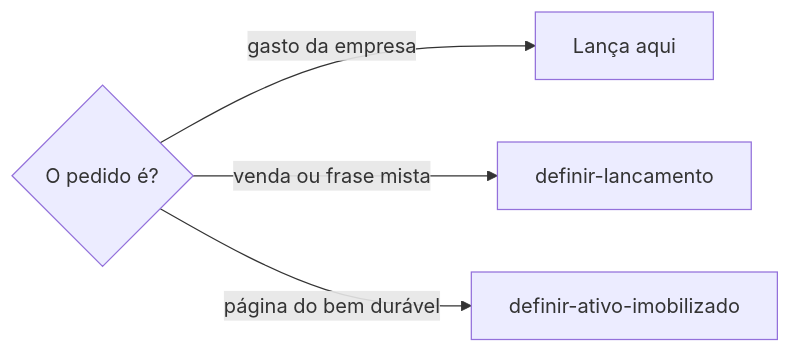
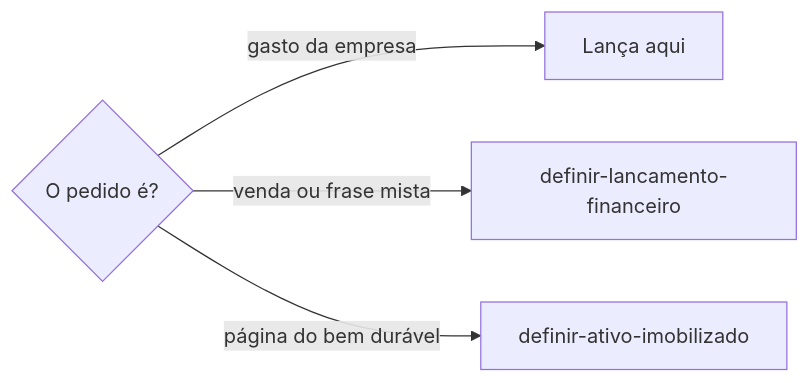
One commit to jimmyandrade/harness changed the first of 8 diagrams in .agents/skills/lancar-despesa-da-empresa/SKILL.md. Above: the diagram before and after it, drawn with Mermaid. The commit also changed other lines of this file and 10 other files, not shown here.

First line of the commit message:
refactor(definir-lancamento-financeiro): rename to clarify financial entries (#700)

````diff
--- a/.agents/skills/lancar-despesa-da-empresa/SKILL.md
+++ b/.agents/skills/lancar-despesa-da-empresa/SKILL.md
@@ -39,6 +39,6 @@
 ```mermaid
 flowchart LR
   Q{O pedido é?} -->|gasto da empresa| A[Lança aqui]
-  Q -->|venda ou frase mista| L[definir-lancamento]
+  Q -->|venda ou frase mista| L[definir-lancamento-financeiro]
   Q -->|página do bem durável| I[definir-ativo-imobilizado]
 ```
````
